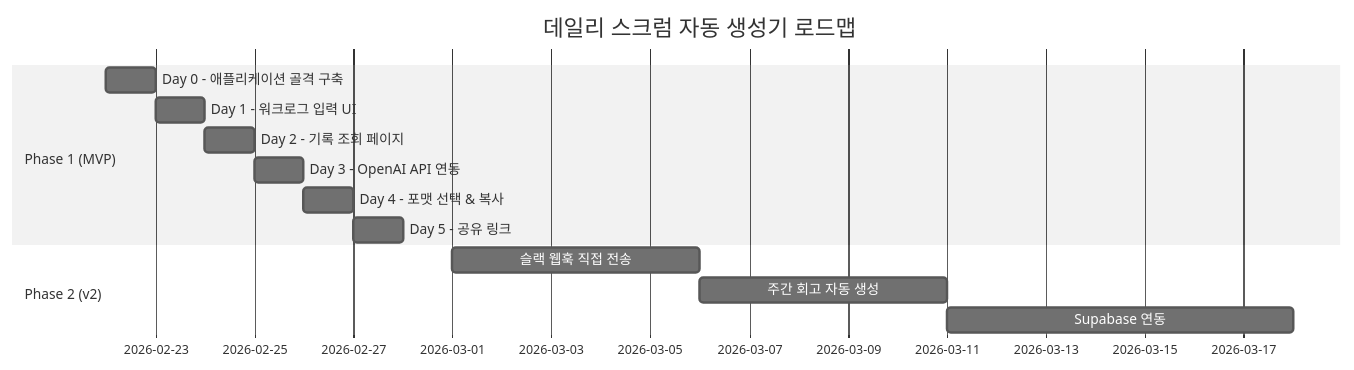
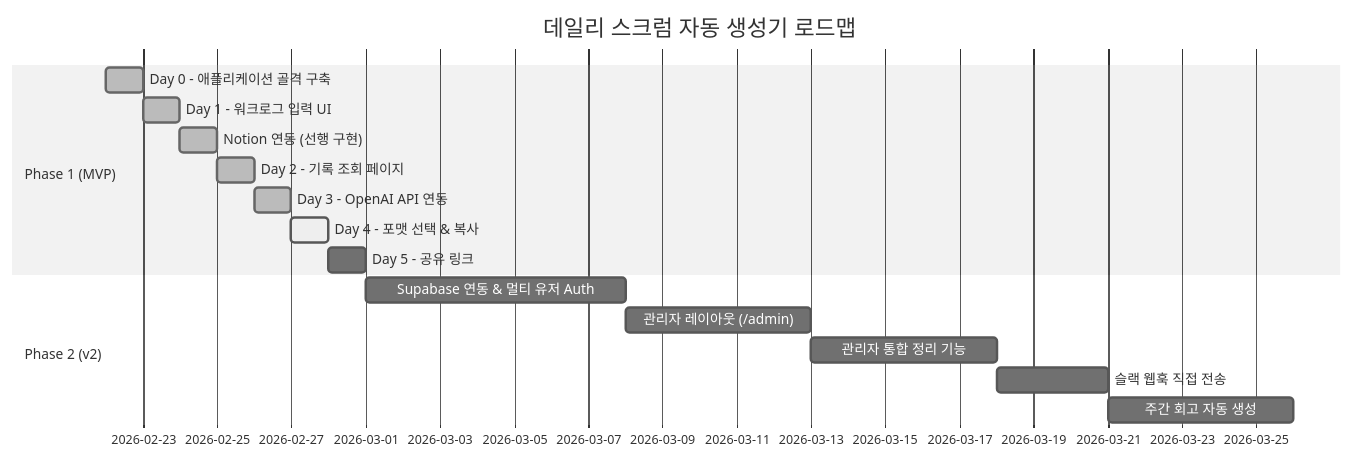
Before and after one commit to hyenicall/daily-scrum: the first of 4 diagrams in docs/ROADMAP.md, drawn with Mermaid (neutral theme). The commit also changed other lines of this file and 1 other file, not shown here.

First line of the commit message:
📝 docs: ROADMAP v2.0 업데이트

````diff
--- a/docs/ROADMAP.md
+++ b/docs/ROADMAP.md
@@ -36,16 +38,19 @@
 ```mermaid
 gantt
   title 데일리 스크럼 자동 생성기 로드맵
   dateFormat YYYY-MM-DD
   section Phase 1 (MVP)
-  Day 0 - 애플리케이션 골격 구축  :d0, 2026-02-22, 1d
-  Day 1 - 워크로그 입력 UI         :d1, after d0, 1d
-  Day 2 - 기록 조회 페이지         :d2, after d1, 1d
-  Day 3 - OpenAI API 연동          :d3, after d2, 1d
-  Day 4 - 포맷 선택 & 복사        :d4, after d3, 1d
+  Day 0 - 애플리케이션 골격 구축  :done, d0, 2026-02-22, 1d
+  Day 1 - 워크로그 입력 UI         :done, d1, after d0, 1d
+  Notion 연동 (선행 구현)          :done, dn, after d1, 1d
+  Day 2 - 기록 조회 페이지         :done, d2, after dn, 1d
+  Day 3 - OpenAI API 연동          :done, d3, after d2, 1d
+  Day 4 - 포맷 선택 & 복사        :active, d4, after d3, 1d
   Day 5 - 공유 링크                :d5, after d4, 1d
   section Phase 2 (v2)
-  슬랙 웹훅 직접 전송         :2026-03-01, 5d
-  주간 회고 자동 생성         :2026-03-06, 5d
-  Supabase 연동               :2026-03-11, 7d
+  Supabase 연동 & 멀티 유저 Auth  :2026-03-01, 7d
+  관리자 레이아웃 (/admin)         :2026-03-08, 5d
+  관리자 통합 정리 기능            :2026-03-13, 5d
+  슬랙 웹훅 직접 전송              :2026-03-18, 3d
+  주간 회고 자동 생성              :2026-03-21, 5d
 ```
````
